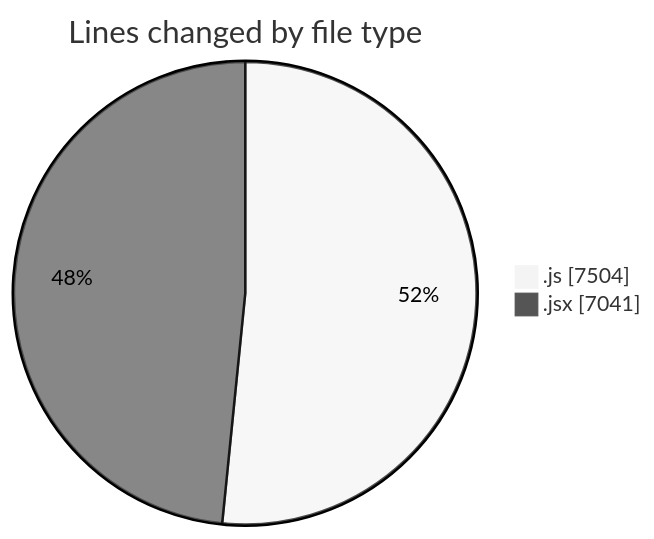
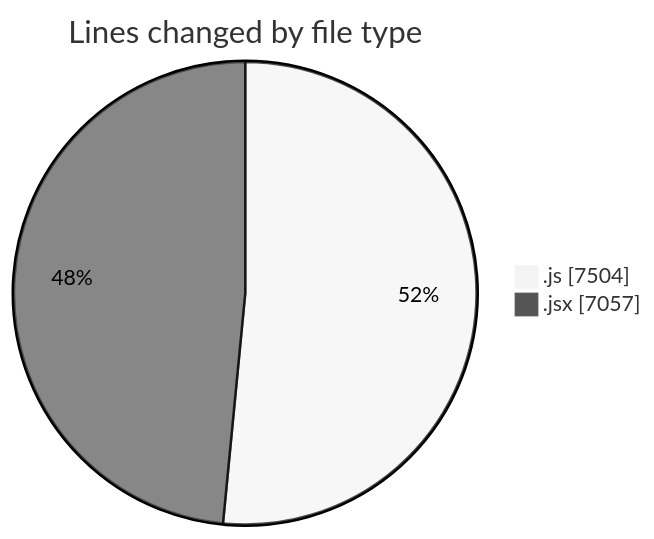
Before and after one commit to nxtqubesakshisongat/code-tracking: the first of 2 diagrams in 2025-09-24/nxtqube_webapp/README.md, drawn with Mermaid (neutral theme). The commit also changed other lines of this file and 1 other file, not shown here.

````diff
--- a/2025-09-24/nxtqube_webapp/README.md
+++ b/2025-09-24/nxtqube_webapp/README.md
@@ -23,6 +23,6 @@
 ```mermaid
 pie showData
 title Lines changed by file type
 ".js" : 7504
-".jsx" : 7041
+".jsx" : 7057
 ```
````
